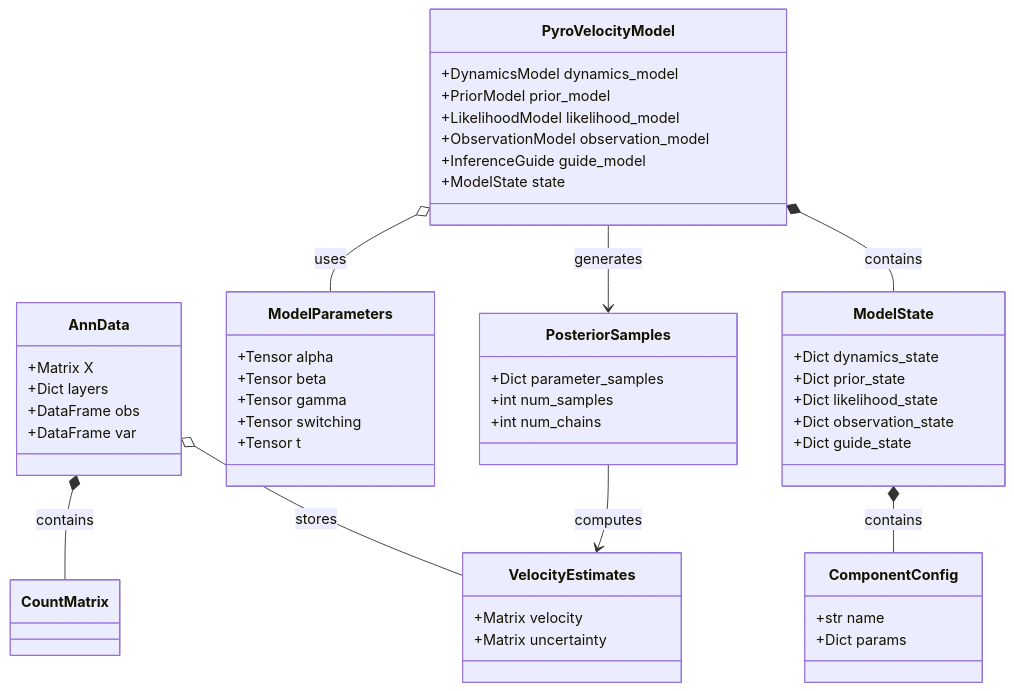
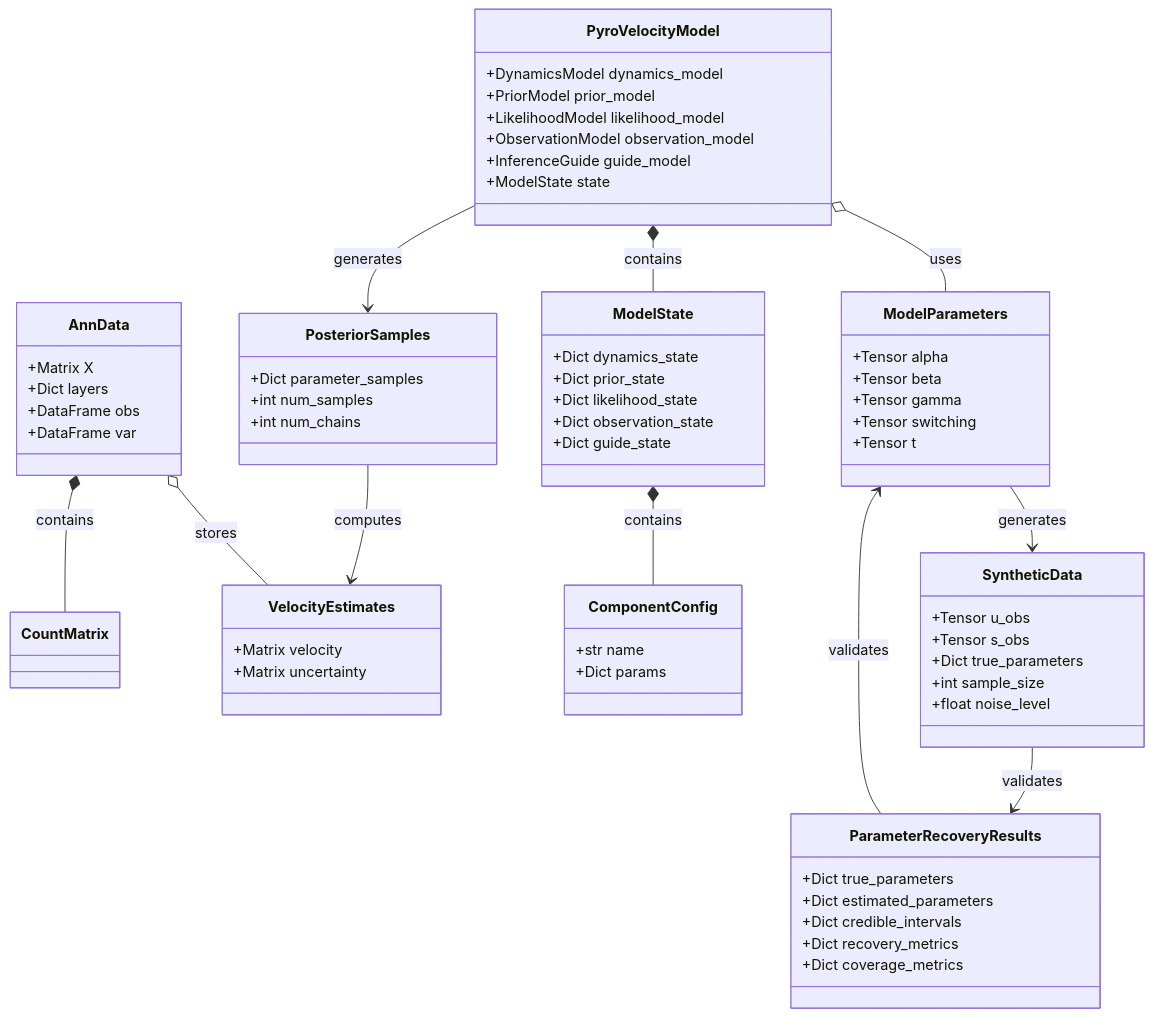
The third of 4 diagrams in nbs/development/requirements.qmd (pinellolab/pyrovelocity), drawn with Mermaid before and after one commit. The commit also changed other lines of this file and 3 other files, not shown here.

Commit message:
docs(development): update parameter recovery validation requirements

````diff
--- a/nbs/development/requirements.qmd
+++ b/nbs/development/requirements.qmd
@@ -445,58 +617,77 @@
 ```{mermaid}
 classDiagram
     AnnData *-- CountMatrix : contains
     PyroVelocityModel o-- ModelParameters : uses
     PyroVelocityModel --> PosteriorSamples : generates
     PosteriorSamples --> VelocityEstimates : computes
     AnnData o-- VelocityEstimates : stores
     PyroVelocityModel *-- ModelState : contains
     ModelState *-- ComponentConfig : contains
+    ModelParameters --> SyntheticData : generates
+    SyntheticData --> ParameterRecoveryResults : validates
+    ParameterRecoveryResults --> ModelParameters : validates
 
     class AnnData {
         +Matrix X
         +Dict layers
         +DataFrame obs
         +DataFrame var
     }
 
     class PyroVelocityModel {
         +DynamicsModel dynamics_model
         +PriorModel prior_model
         +LikelihoodModel likelihood_model
         +ObservationModel observation_model
         +InferenceGuide guide_model
         +ModelState state
     }
 
     class ModelParameters {
         +Tensor alpha
         +Tensor beta
         +Tensor gamma
         +Tensor switching
         +Tensor t
     }
 
     class PosteriorSamples {
         +Dict parameter_samples
         +int num_samples
         +int num_chains
     }
 
     class VelocityEstimates {
         +Matrix velocity
         +Matrix uncertainty
     }
 
     class ModelState {
         +Dict dynamics_state
         +Dict prior_state
         +Dict likelihood_state
         +Dict observation_state
         +Dict guide_state
     }
 
     class ComponentConfig {
         +str name
         +Dict params
     }
+
+    class SyntheticData {
+        +Tensor u_obs
+        +Tensor s_obs
+        +Dict true_parameters
+        +int sample_size
+        +float noise_level
+    }
+
+    class ParameterRecoveryResults {
+        +Dict true_parameters
+        +Dict estimated_parameters
+        +Dict credible_intervals
+        +Dict recovery_metrics
+        +Dict coverage_metrics
+    }
 ```
````
